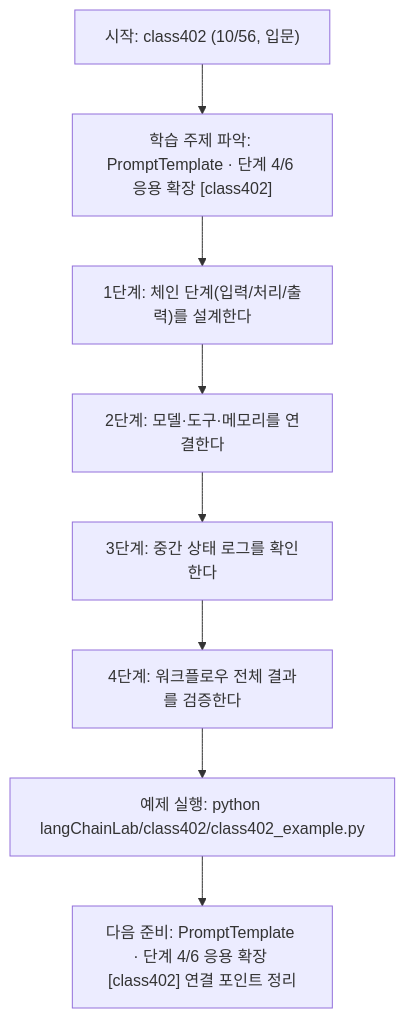
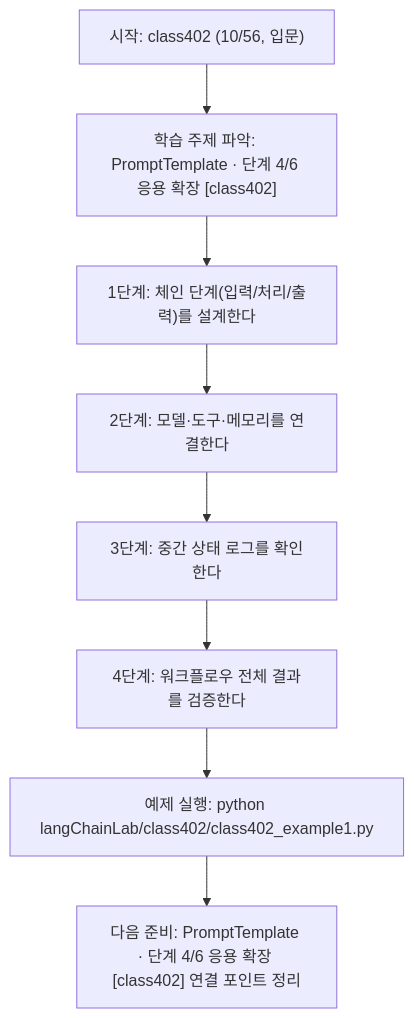
The diagram in langChainLab/class402/class402.md (edumgt/Python-AI_Agent-Class), drawn with Mermaid before and after one commit. The commit also changed other lines of this file and 2959 other files, not shown here.

````diff
--- a/langChainLab/class402/class402.md
+++ b/langChainLab/class402/class402.md
@@ -108,18 +108,18 @@
 ```mermaid
 flowchart TD
 N1["시작: class402 (10/56, 입문)"]
 N2["학습 주제 파악: PromptTemplate · 단계 4/6 응용 확장 [class402]"]
 N3["1단계: 체인 단계(입력/처리/출력)를 설계한다"]
 N4["2단계: 모델·도구·메모리를 연결한다"]
 N5["3단계: 중간 상태 로그를 확인한다"]
 N6["4단계: 워크플로우 전체 결과를 검증한다"]
-N7["예제 실행: python langChainLab/class402/class402_example.py"]
+N7["예제 실행: python langChainLab/class402/class402_example1.py"]
 N8["다음 준비: PromptTemplate · 단계 4/6 응용 확장 [class402] 연결 포인트 정리"]
 N1 --> N2
 N2 --> N3
 N3 --> N4
 N4 --> N5
 N5 --> N6
 N6 --> N7
 N7 --> N8
 ```
````
